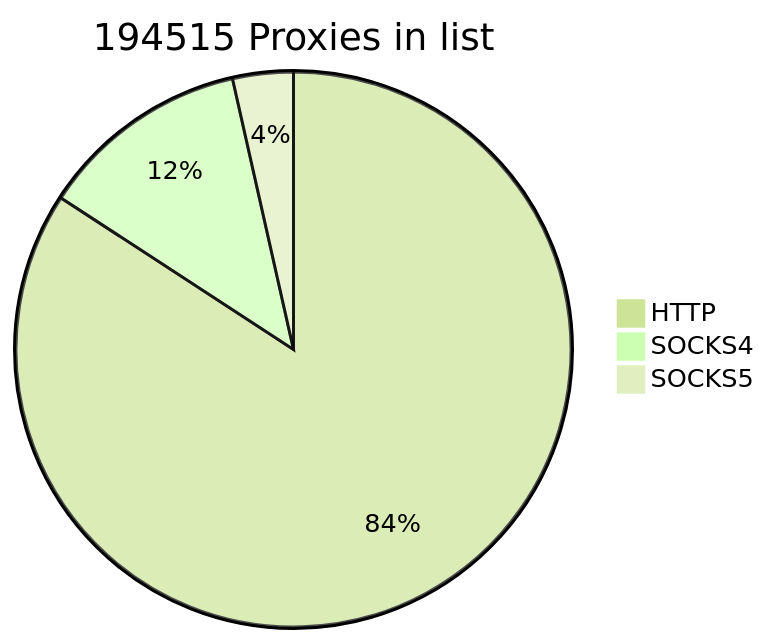
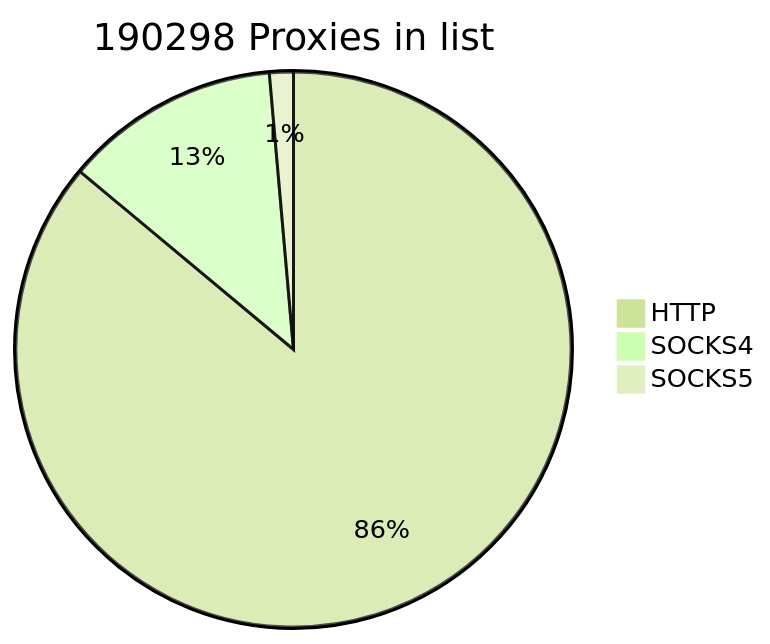
Before and after one commit to cutipu/proxylist: the first of 2 diagrams in README.md, drawn with Mermaid (forest theme). The commit also changed other lines of this file, not shown here.

````diff
--- a/README.md
+++ b/README.md
@@ -2,7 +2,7 @@
 ```mermaid
-pie title 194515 Proxies in list
+pie title 190298 Proxies in list
     "HTTP" : 163773
-    "SOCKS4" : 23883
-    "SOCKS5" : 6859
+    "SOCKS4" : 23881
+    "SOCKS5" : 2644
             
 ```
````
